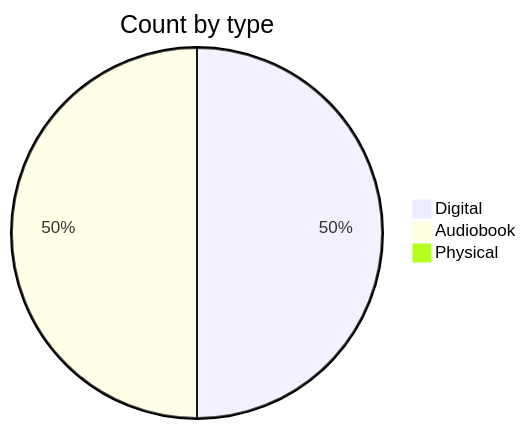
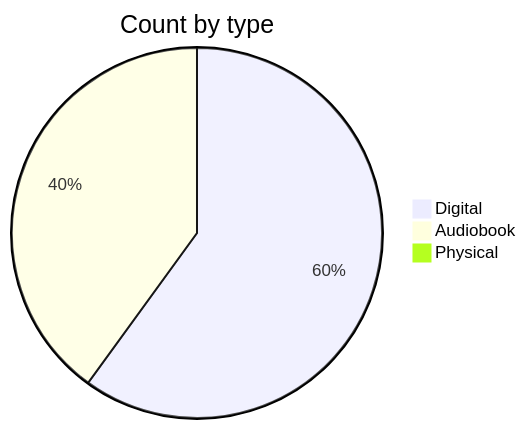
Before and after one commit to bippyboppy/bippyboppy.github.io: the second of 3 diagrams in _posts/drafts/reading-2025.md, drawn with Mermaid. The commit also changed other lines of this file and 26 other files, not shown here.

````diff
--- a/_posts/drafts/reading-2025.md
+++ b/_posts/drafts/reading-2025.md
@@ -32,6 +44,6 @@
 ```mermaid
 pie title Count by type
-    "Digital" : 2
+    "Digital" : 3
     "Audiobook" : 2
     "Physical" : 0
 ```
````
